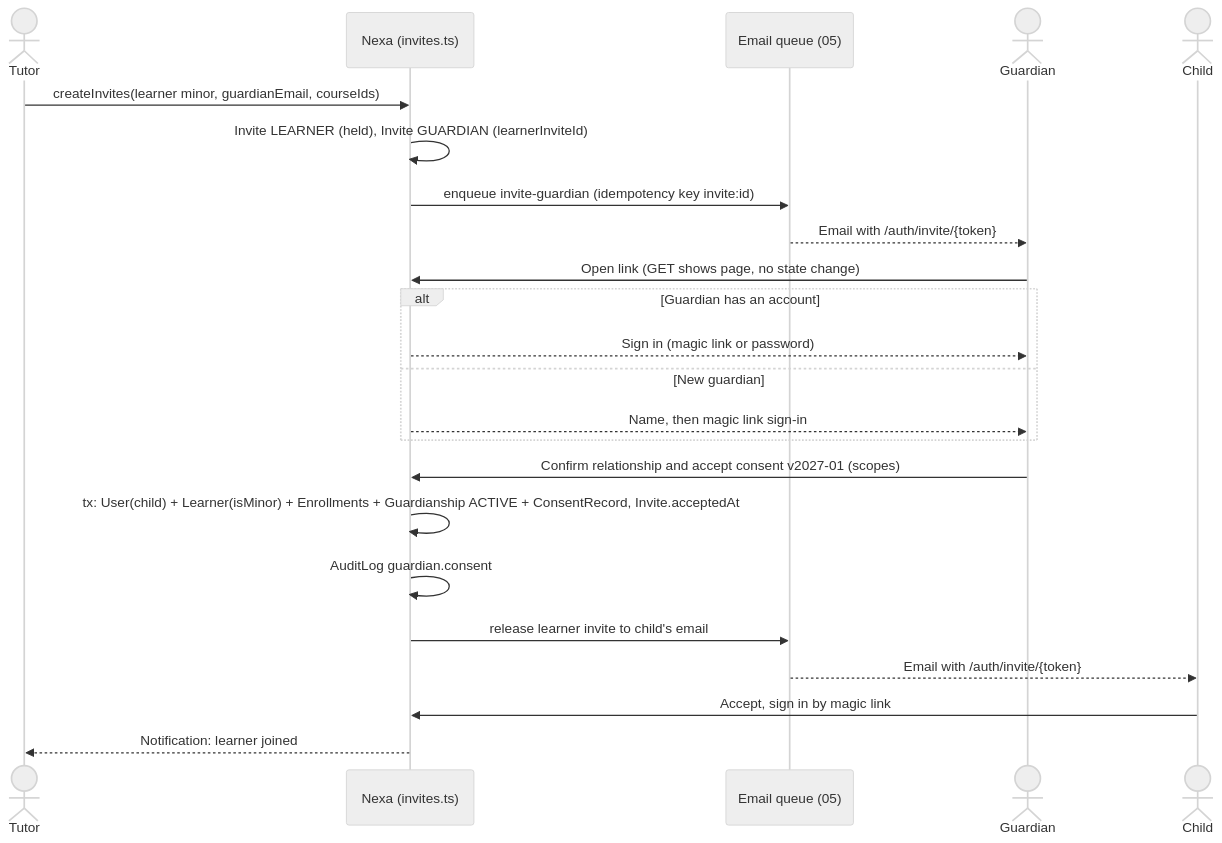
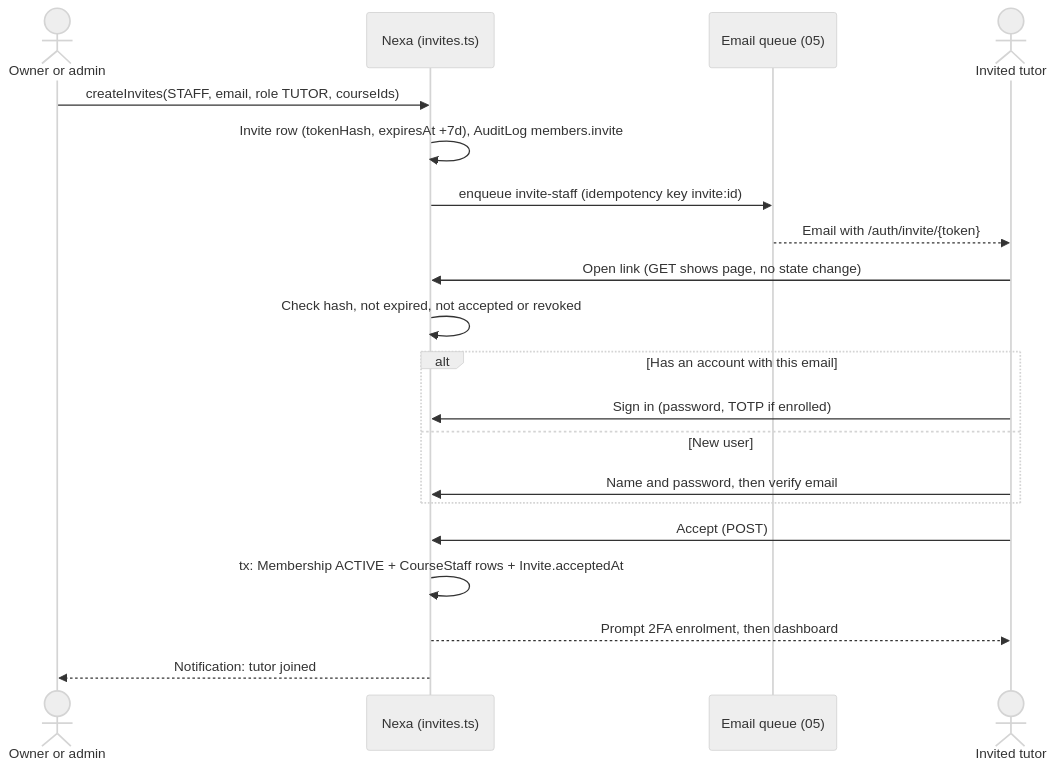
The second of 2 diagrams in docs/revamp/a/design/02-identity.md (jassiel-ndlovu/grit-lms), drawn with Mermaid (neutral theme) before and after one commit. The commit also changed other lines of this file and 8 other files, not shown here.

````diff
--- a/docs/revamp/a/design/02-identity.md
+++ b/docs/revamp/a/design/02-identity.md
@@ -140,25 +138,22 @@
 ```mermaid
 sequenceDiagram
-  actor T as Tutor
+  actor O as Owner or admin
   participant N as Nexa (invites.ts)
   participant Q as Email queue (05)
-  actor G as Guardian
-  actor C as Child
-  T->>N: createInvites(learner minor, guardianEmail, courseIds)
-  N->>N: Invite LEARNER (held), Invite GUARDIAN (learnerInviteId)
-  N->>Q: enqueue invite-guardian (idempotency key invite:id)
-  Q-->>G: Email with /auth/invite/{token}
-  G->>N: Open link (GET shows page, no state change)
-  alt Guardian has an account
-    N-->>G: Sign in (magic link or password)
-  else New guardian
-    N-->>G: Name, then magic link sign-in
+  actor S as Invited tutor
+  O->>N: createInvites(STAFF, email, role TUTOR, courseIds)
+  N->>N: Invite row (tokenHash, expiresAt +7d), AuditLog members.invite
+  N->>Q: enqueue invite-staff (idempotency key invite:id)
+  Q-->>S: Email with /auth/invite/{token}
+  S->>N: Open link (GET shows page, no state change)
+  N->>N: Check hash, not expired, not accepted or revoked
+  alt Has an account with this email
+    S->>N: Sign in (password, TOTP if enrolled)
+  else New user
+    S->>N: Name and password, then verify email
   end
-  G->>N: Confirm relationship and accept consent v2027-01 (scopes)
-  N->>N: tx: User(child) + Learner(isMinor) + Enrollments + Guardianship ACTIVE + ConsentRecord, Invite.acceptedAt
-  N->>N: AuditLog guardian.consent
-  N->>Q: release learner invite to child's email
-  Q-->>C: Email with /auth/invite/{token}
-  C->>N: Accept, sign in by magic link
-  N-->>T: Notification: learner joined
+  S->>N: Accept (POST)
+  N->>N: tx: Membership ACTIVE + CourseStaff rows + Invite.acceptedAt
+  N-->>S: Prompt 2FA enrolment, then dashboard
+  N-->>O: Notification: tutor joined
 ```
````
